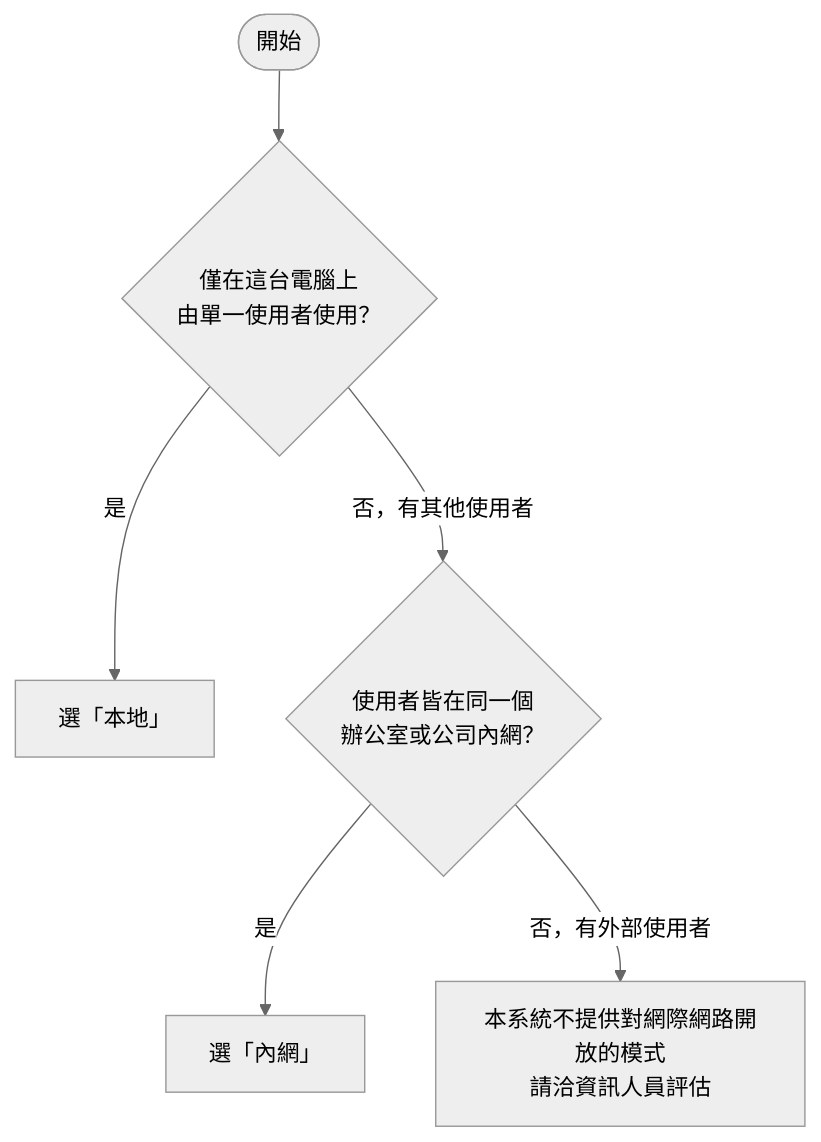
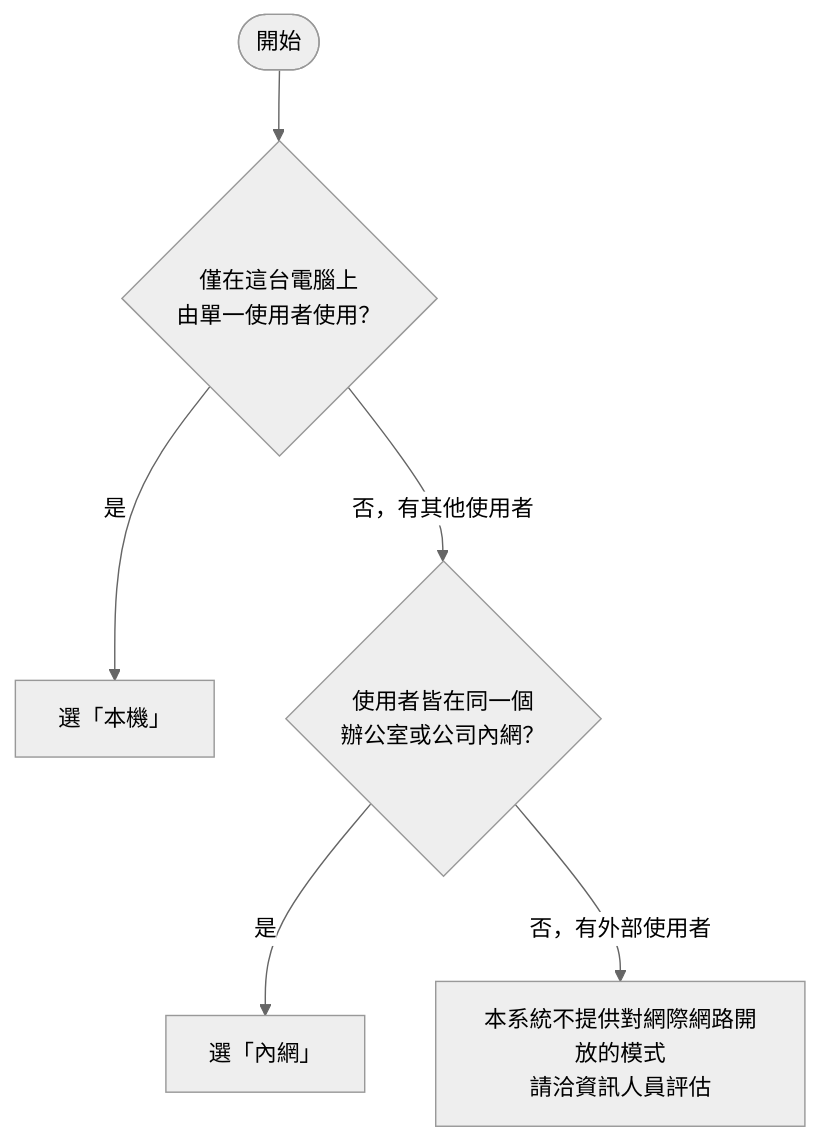
One commit to ttcdog115016/Demo changed the diagram in doc_site/content/docs/quickstart/index.md. Above: the diagram before and after it, drawn with Mermaid (neutral theme). The commit also changed other lines of this file and 10 other files, not shown here.

````diff
--- a/doc_site/content/docs/quickstart/index.md
+++ b/doc_site/content/docs/quickstart/index.md
@@ -23,8 +23,8 @@
 ```mermaid
 flowchart TD
     A([開始]) --> B{僅在這台電腦上<br/>由單一使用者使用？}
-    B -- 是 --> L[選「本地」]
+    B -- 是 --> L[選「本機」]
     B -- 否，有其他使用者 --> C{使用者皆在同一個<br/>辦公室或公司內網？}
     C -- 是 --> N[選「內網」]
     C -- 否，有外部使用者 --> O[本系統不提供對網際網路開放的模式<br/>請洽資訊人員評估]
 ```
````
